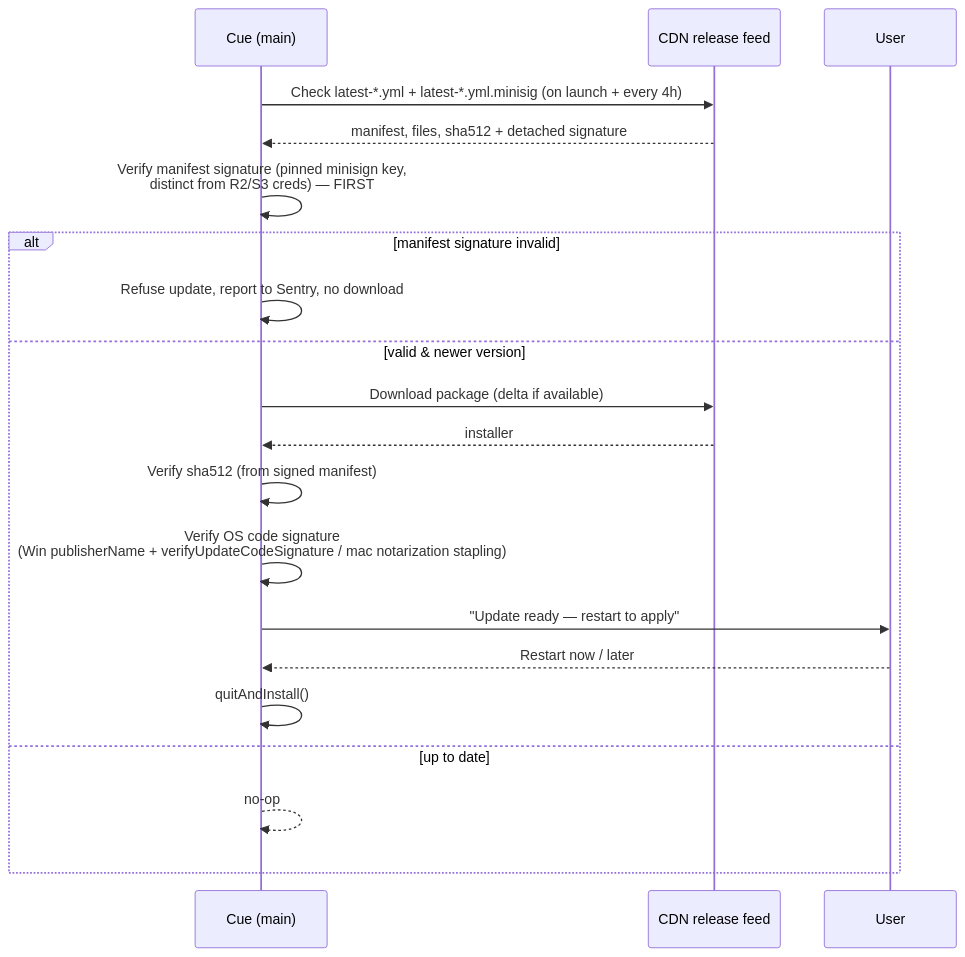
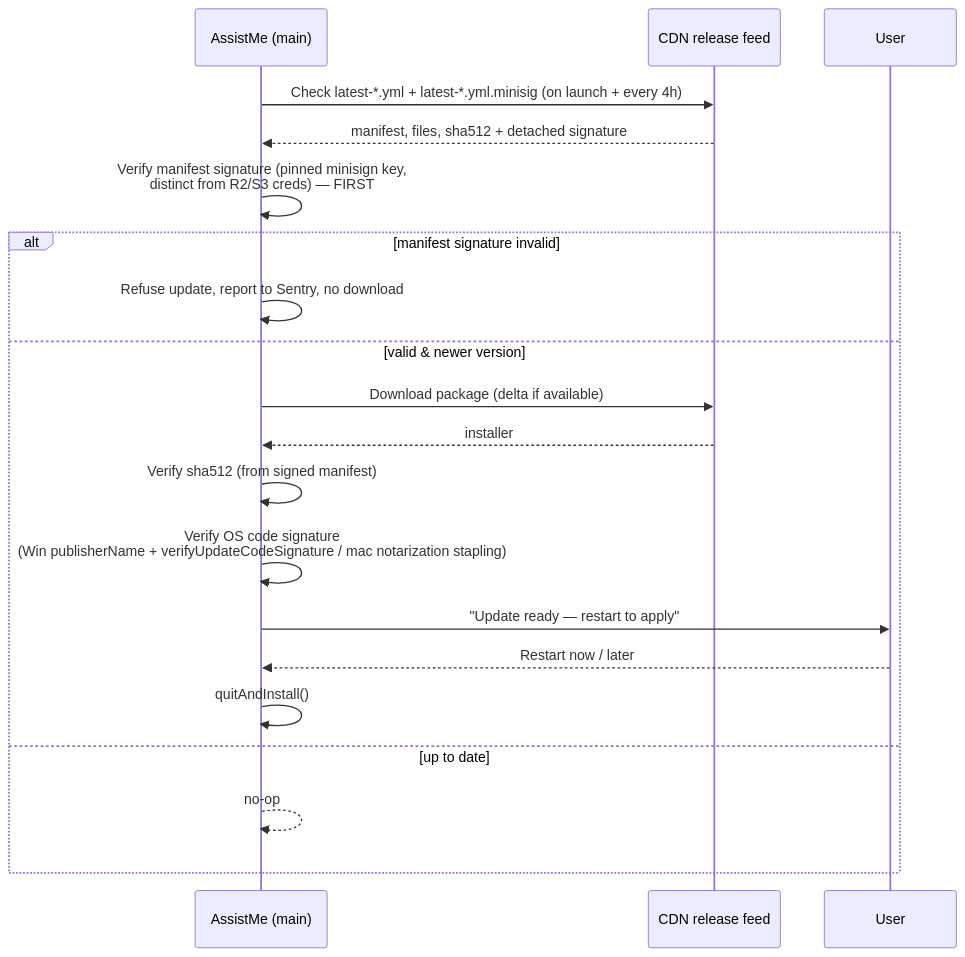
One commit to DarwinCamahalan/meeting-note-taker-ai changed the fifth of 6 diagrams in docs/10-desktop-app.md. Above: the diagram before and after it, drawn with Mermaid. The commit also changed other lines of this file and 60 other files, not shown here.

Commit message:
chore: rebrand Cue -> AssistMe (user-facing name across web/docs/desktop; @cue/* package scope, identifiers, protocol, env unchanged)

````diff
--- a/docs/10-desktop-app.md
+++ b/docs/10-desktop-app.md
@@ -528,23 +528,23 @@
 ```mermaid
 sequenceDiagram
-    participant App as Cue (main)
+    participant App as AssistMe (main)
     participant Feed as CDN release feed
     participant User
 
     App->>Feed: Check latest-*.yml + latest-*.yml.minisig (on launch + every 4h)
     Feed-->>App: manifest, files, sha512 + detached signature
     App->>App: Verify manifest signature (pinned minisign key,<br/>distinct from R2/S3 creds) — FIRST
     alt manifest signature invalid
         App->>App: Refuse update, report to Sentry, no download
     else valid & newer version
         App->>Feed: Download package (delta if available)
         Feed-->>App: installer
         App->>App: Verify sha512 (from signed manifest)
         App->>App: Verify OS code signature<br/>(Win publisherName + verifyUpdateCodeSignature / mac notarization stapling)
         App->>User: "Update ready — restart to apply"
         User-->>App: Restart now / later
         App->>App: quitAndInstall()
     else up to date
         App-->>App: no-op
     end
 ```
````
